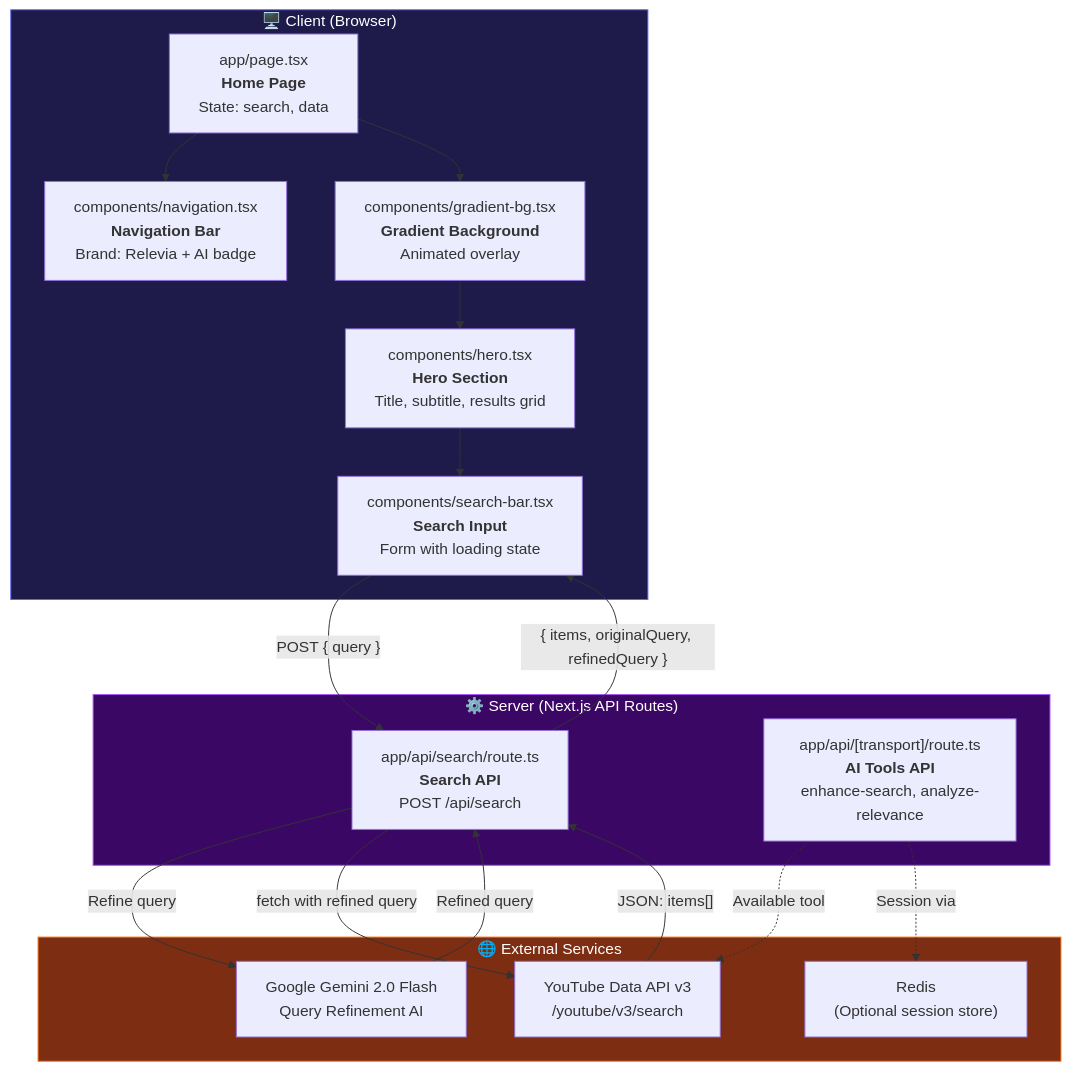
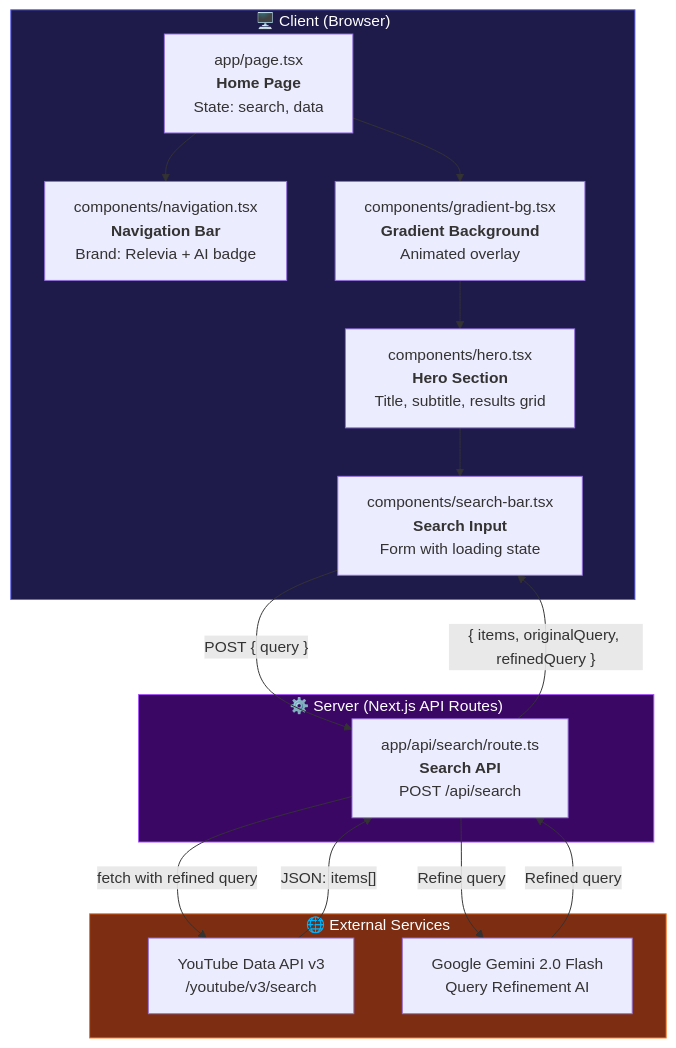
Before and after one commit to Gitnaseem745/ai-powered-youtube-search: the first of 5 diagrams in ARCHITECTURE.md, drawn with Mermaid. The commit also changed other lines of this file and 6 other files, not shown here.

````diff
--- a/ARCHITECTURE.md
+++ b/ARCHITECTURE.md
@@ -9,38 +9,34 @@
 ```mermaid
 graph TB
     subgraph Client ["🖥️ Client (Browser)"]
         A["app/page.tsx<br/><b>Home Page</b><br/>State: search, data"]
         B["components/navigation.tsx<br/><b>Navigation Bar</b><br/>Brand: Relevia + AI badge"]
         C["components/hero.tsx<br/><b>Hero Section</b><br/>Title, subtitle, results grid"]
         D["components/search-bar.tsx<br/><b>Search Input</b><br/>Form with loading state"]
         E["components/gradient-bg.tsx<br/><b>Gradient Background</b><br/>Animated overlay"]
     end
 
     subgraph Server ["⚙️ Server (Next.js API Routes)"]
         F["app/api/search/route.ts<br/><b>Search API</b><br/>POST /api/search"]
-        G["app/api/[transport]/route.ts<br/><b>AI Tools API</b><br/>enhance-search, analyze-relevance"]
     end
 
     subgraph External ["🌐 External Services"]
         H["YouTube Data API v3<br/>/youtube/v3/search"]
-        I["Redis<br/>(Optional session store)"]
         J["Google Gemini 2.0 Flash<br/>Query Refinement AI"]
     end
 
     A --> B
     A --> E
     E --> C
     C --> D
     D -->|"POST { query }"| F
     F -->|"Refine query"| J
     J -->|"Refined query"| F
     F -->|"fetch with refined query"| H
     H -->|"JSON: items[]"| F
     F -->|"{ items, originalQuery, refinedQuery }"| D
-    G -.->|"Available tool"| H
-    G -.->|"Session via"| I
 
     style Client fill:#1e1b4b,stroke:#6366f1,color:#fff
     style Server fill:#3b0764,stroke:#a855f7,color:#fff
     style External fill:#7c2d12,stroke:#f97316,color:#fff
 ```
````
